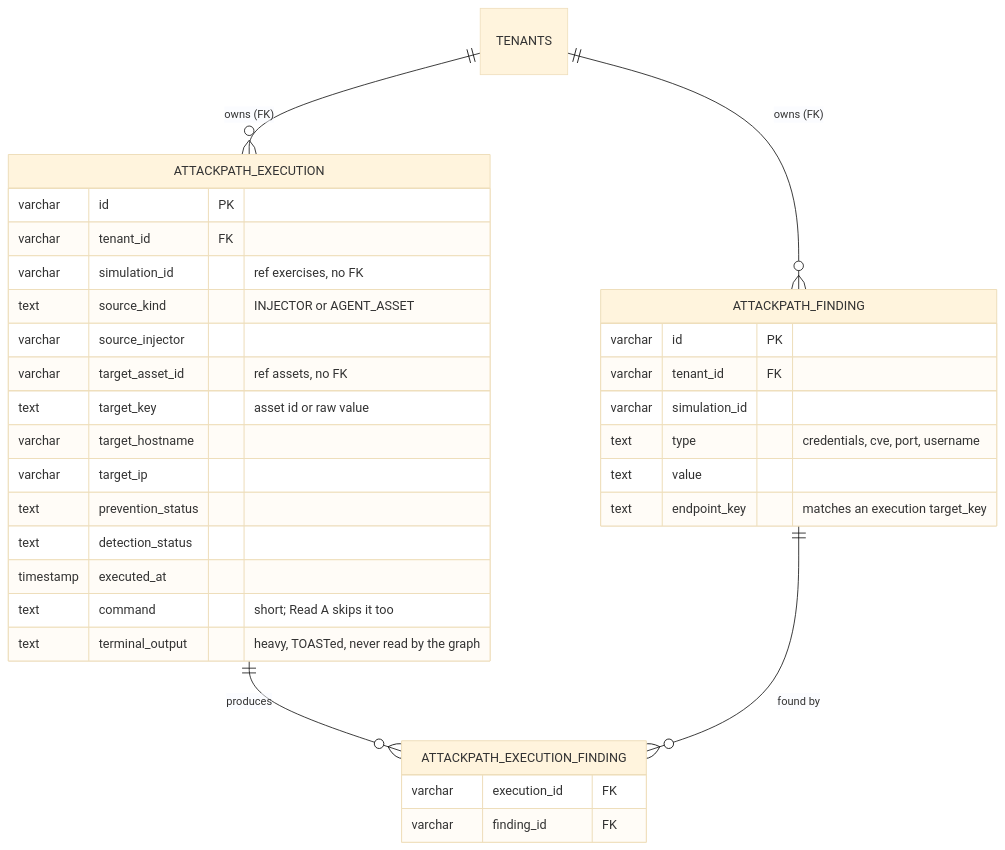
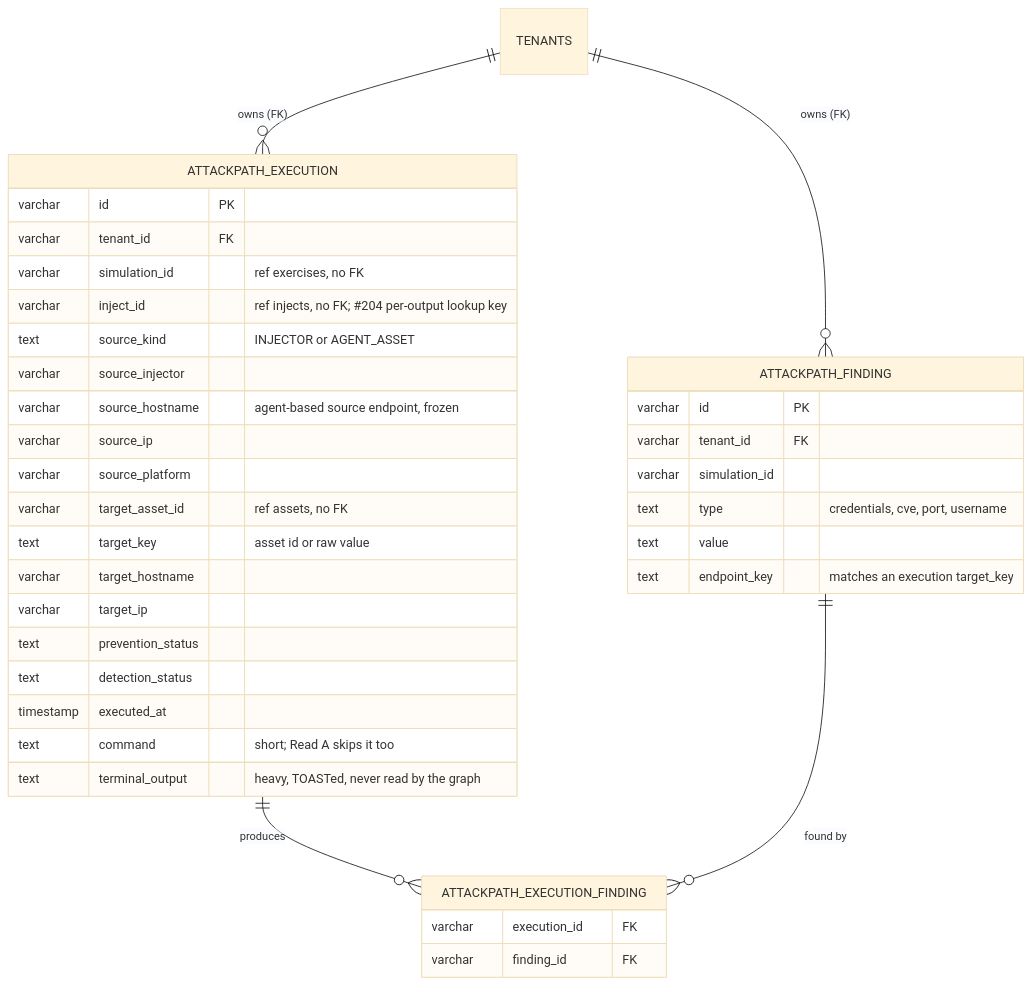
The second of 5 diagrams in docs/docs/development/attack-path.md (OpenAEV-Platform/openaev), drawn with Mermaid (base theme) before and after one commit. The commit also changed 10 other files, not shown here.

````diff
--- a/docs/docs/development/attack-path.md
+++ b/docs/docs/development/attack-path.md
@@ -47,35 +47,39 @@
 ```mermaid
 erDiagram
     TENANTS ||--o{ ATTACKPATH_EXECUTION : "owns (FK)"
     TENANTS ||--o{ ATTACKPATH_FINDING : "owns (FK)"
     ATTACKPATH_EXECUTION ||--o{ ATTACKPATH_EXECUTION_FINDING : "produces"
     ATTACKPATH_FINDING ||--o{ ATTACKPATH_EXECUTION_FINDING : "found by"
     ATTACKPATH_EXECUTION {
         varchar id PK
         varchar tenant_id FK
         varchar simulation_id "ref exercises, no FK"
+        varchar inject_id "ref injects, no FK; #204 per-output lookup key"
         text source_kind "INJECTOR or AGENT_ASSET"
         varchar source_injector
+        varchar source_hostname "agent-based source endpoint, frozen"
+        varchar source_ip
+        varchar source_platform
         varchar target_asset_id "ref assets, no FK"
         text target_key "asset id or raw value"
         varchar target_hostname
         varchar target_ip
         text prevention_status
         text detection_status
         timestamp executed_at
         text command "short; Read A skips it too"
         text terminal_output "heavy, TOASTed, never read by the graph"
     }
     ATTACKPATH_FINDING {
         varchar id PK
         varchar tenant_id FK
         varchar simulation_id
         text type "credentials, cve, port, username"
         text value
         text endpoint_key "matches an execution target_key"
     }
     ATTACKPATH_EXECUTION_FINDING {
         varchar execution_id FK
         varchar finding_id FK
     }
 ```
````
